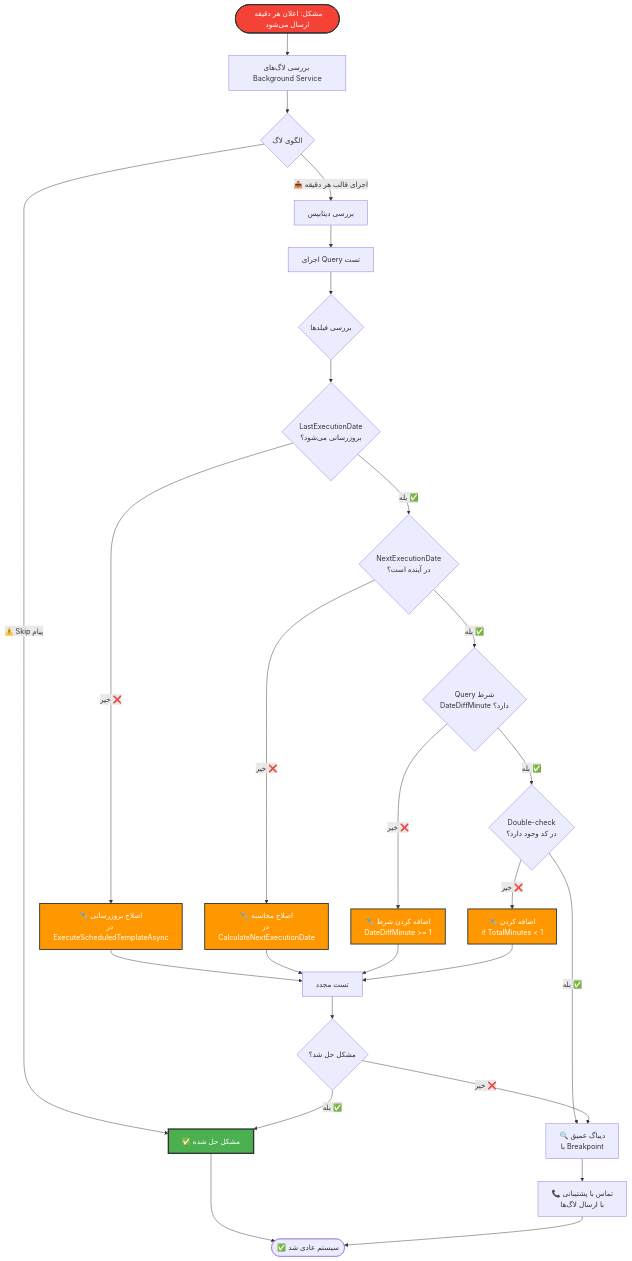
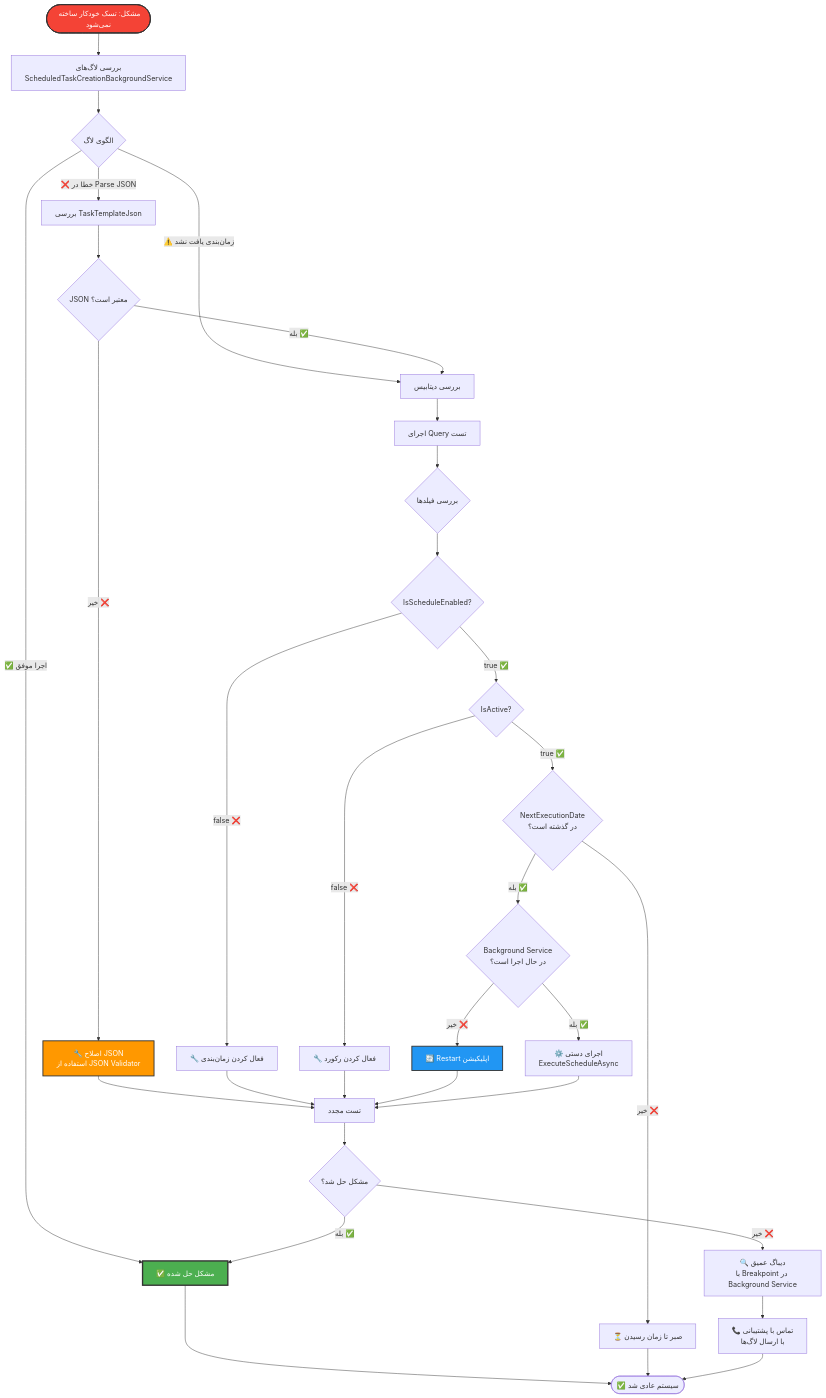
Before and after one commit to aminrey/MahERP: diagram 25 of 25 in MahERP.DataModelLayer/Documentary/MahERP-Database-Diagrams.md, drawn with Mermaid. The commit also changed other lines of this file and 16 other files, not shown here.

First line of the commit message:
Add Scheduled Task Creation System

````diff
--- a/MahERP.DataModelLayer/Documentary/MahERP-Database-Diagrams.md
+++ b/MahERP.DataModelLayer/Documentary/MahERP-Database-Diagrams.md
@@ -943,50 +1083,54 @@
 ```mermaid
 flowchart TD
-    Start([مشکل: اعلان هر دقیقه ارسال می‌شود]) --> CheckLogs[بررسی لاگ‌های Background Service]
+    Start([مشکل: تسک خودکار ساخته نمی‌شود]) --> CheckLogs[بررسی لاگ‌های<br/>ScheduledTaskCreationBackgroundService]
     
     CheckLogs --> LogPattern{الگوی لاگ}
     
-    LogPattern -->|📤 اجرای قالب هر دقیقه| CheckDB[بررسی دیتابیس]
-    LogPattern -->|⚠️ Skip پیام| ProblemSolved[✅ مشکل حل شده]
+    LogPattern -->|❌ خطا در Parse JSON| CheckJSON[بررسی TaskTemplateJson]
+    LogPattern -->|⚠️ زمان‌بندی یافت نشد| CheckDB[بررسی دیتابیس]
+    LogPattern -->|✅ اجرا موفق| ProblemSolved[✅ مشکل حل شده]
+    
+    CheckJSON --> ValidateJSON{JSON معتبر است؟}
+    ValidateJSON -->|خیر ❌| FixJSON[🔧 اصلاح JSON<br/>استفاده از JSON Validator]
+    ValidateJSON -->|بله ✅| CheckDB
     
     CheckDB --> QueryDB[اجرای Query تست]
     
     QueryDB --> CheckFields{بررسی فیلدها}
     
-    CheckFields --> CheckLastExec{LastExecutionDate<br/>بروزرسانی می‌شود؟}
+    CheckFields --> CheckEnabled{IsScheduleEnabled?}
+    CheckEnabled -->|false ❌| EnableIt[🔧 فعال کردن زمان‌بندی]
+    CheckEnabled -->|true ✅| CheckActive{IsActive?}
     
-    CheckLastExec -->|خیر ❌| FixUpdate[🔧 اصلاح بروزرسانی<br/>در ExecuteScheduledTemplateAsync]
-    CheckLastExec -->|بله ✅| CheckNextExec{NextExecutionDate<br/>در آینده است؟}
+    CheckActive -->|false ❌| ActivateIt[🔧 فعال کردن رکورد]
+    CheckActive -->|true ✅| CheckNext{NextExecutionDate<br/>در گذشته است؟}
     
-    CheckNextExec -->|خیر ❌| FixCalculation[🔧 اصلاح محاسبه<br/>در CalculateNextExecutionDate]
-    CheckNextExec -->|بله ✅| CheckQuery{Query شرط<br/>DateDiffMinute دارد؟}
+    CheckNext -->|خیر ❌| WaitMore[⏳ صبر تا زمان رسیدن]
+    CheckNext -->|بله ✅| CheckBGService{Background Service<br/>در حال اجرا است؟}
     
-    CheckQuery -->|خیر ❌| AddCondition[🔧 اضافه کردن شرط<br/>DateDiffMinute >= 1]
-    CheckQuery -->|بله ✅| CheckDoubleCheck{Double-check<br/>در کد وجود دارد؟}
+    CheckBGService -->|خیر ❌| RestartApp[🔄 Restart اپلیکیشن]
+    CheckBGService -->|بله ✅| ManualExecute[⚙️ اجرای دستی<br/>ExecuteScheduleAsync]
     
-    CheckDoubleCheck -->|خیر ❌| AddDoubleCheck[🔧 اضافه کردن<br/>if TotalMinutes < 1]
-    CheckDoubleCheck -->|بله ✅| DeepDebug[🔍 دیباگ عمیق<br/>با Breakpoint]
-    
-    FixUpdate --> TestAgain[تست مجدد]
-    FixCalculation --> TestAgain
-    AddCondition --> TestAgain
-    AddDoubleCheck --> TestAgain
+    FixJSON --> TestAgain[تست مجدد]
+    EnableIt --> TestAgain
+    ActivateIt --> TestAgain
+    RestartApp --> TestAgain
+    ManualExecute --> TestAgain
     
     TestAgain --> Solved{مشکل حل شد؟}
     
     Solved -->|بله ✅| ProblemSolved
-    Solved -->|خیر ❌| DeepDebug
+    Solved -->|خیر ❌| DeepDebug[🔍 دیباگ عمیق<br/>با Breakpoint در Background Service]
     
     DeepDebug --> ContactSupport[📞 تماس با پشتیبانی<br/>با ارسال لاگ‌ها]
     
     ProblemSolved --> End([✅ سیستم عادی شد])
+    WaitMore --> End
     ContactSupport --> End
     
     %% Styling
     style Start fill:#F44336,stroke:#333,stroke-width:2px,color:#fff
     style ProblemSolved fill:#4CAF50,stroke:#333,stroke-width:3px,color:#fff
-    style FixUpdate fill:#FF9800,stroke:#333,stroke-width:2px,color:#fff
-    style FixCalculation fill:#FF9800,stroke:#333,stroke-width:2px,color:#fff
-    style AddCondition fill:#FF9800,stroke:#333,stroke-width:2px,color:#fff
-    style AddDoubleCheck fill:#FF9800,stroke:#333,stroke-width:2px,color:#fff
+    style FixJSON fill:#FF9800,stroke:#333,stroke-width:2px,color:#fff
+    style RestartApp fill:#2196F3,stroke:#333,stroke-width:2px,color:#fff
 ```
````
